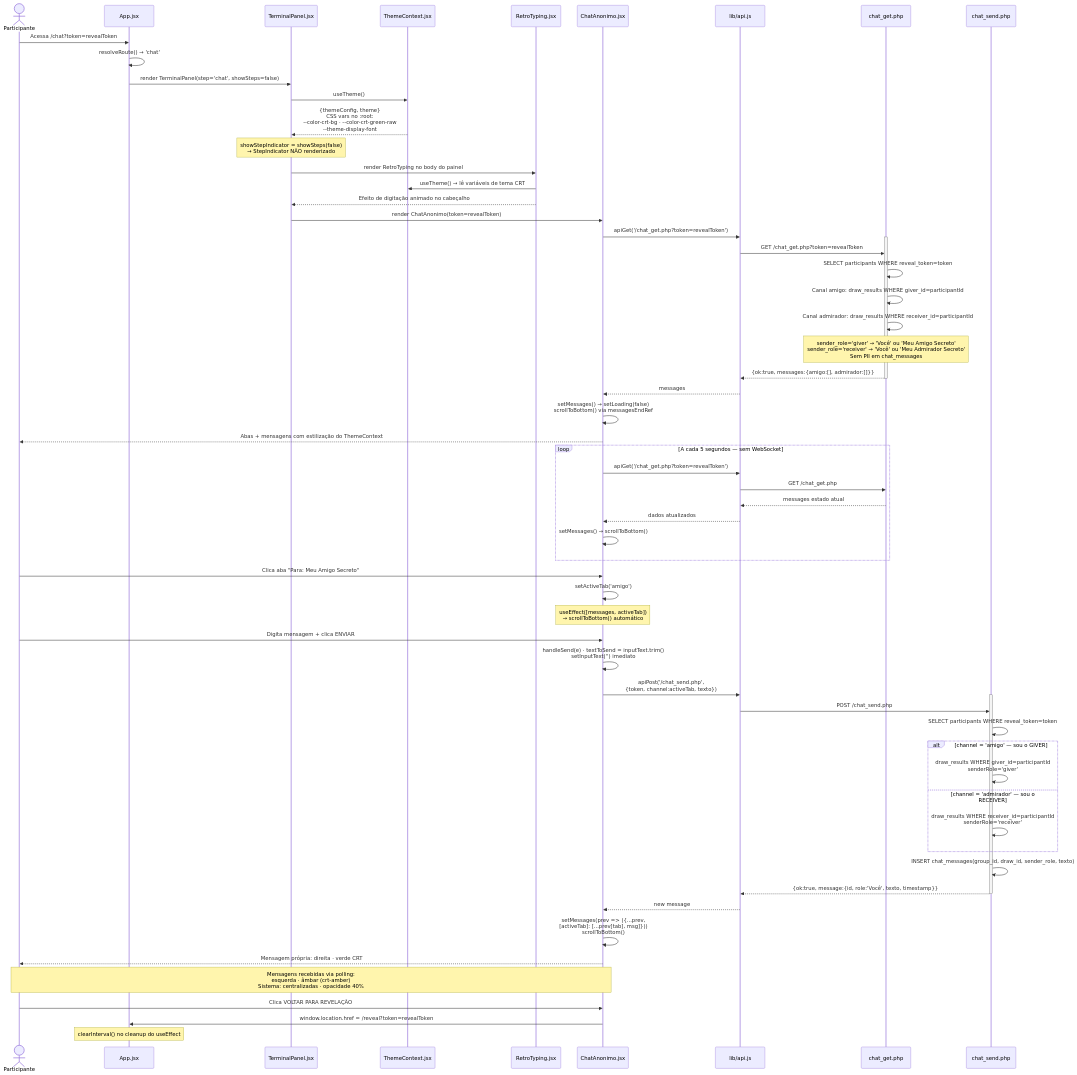
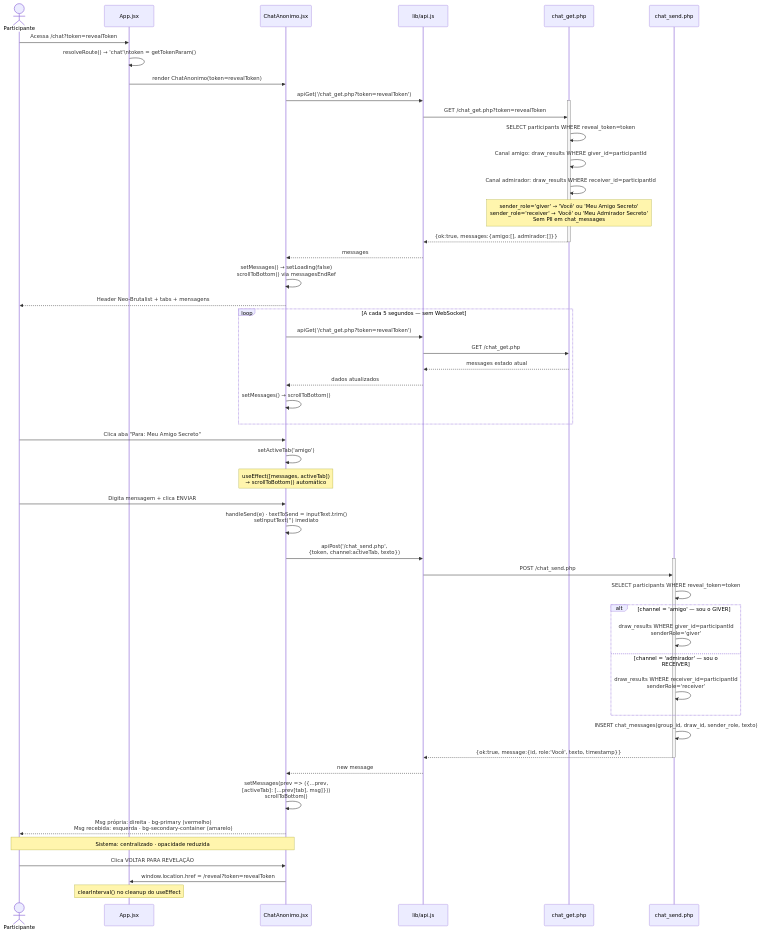
One commit to charines/AmigoSecreto changed the fifth of 5 diagrams in docs/modules/chat_anonimo.md. Above: the diagram before and after it, drawn with Mermaid. The commit also changed other lines of this file and 8 other files, not shown here.

Commit message:
feat: implement preflight and sync scripts; update documentation for Neo-Brutalist redesign across multiple modules

```diff
--- a/docs/modules/chat_anonimo.md
+++ b/docs/modules/chat_anonimo.md
@@ -222,27 +230,15 @@
 sequenceDiagram
     actor U as Participante
     participant APP as App.jsx
-    participant TP as TerminalPanel.jsx
-    participant TC as ThemeContext.jsx
-    participant RT as RetroTyping.jsx
     participant CA as ChatAnonimo.jsx
     participant API as lib/api.js
     participant CGP as chat_get.php
     participant CSP as chat_send.php
 
-    %% ── Montagem do shell visual CRT ────────────────────────────
+    %% ── Montagem direta (sem TerminalPanel) ─────────────────────
     U->>APP: Acessa /chat?token=revealToken
-    APP->>APP: resolveRoute() → 'chat'
-    APP->>TP: render TerminalPanel(step='chat', showSteps=false)
-
-    TP->>TC: useTheme()
-    TC-->>TP: {themeConfig, theme}<br/>CSS vars no :root:<br/>--color-crt-bg · --color-crt-green-raw<br/>--theme-display-font
-    Note over TP: showStepIndicator = showSteps(false)<br/>→ StepIndicator NÃO renderizado
-
-    TP->>RT: render RetroTyping no body do painel
-    RT->>TC: useTheme() → lê variáveis de tema CRT
-    RT-->>TP: Efeito de digitação animado no cabeçalho
-    TP->>CA: render ChatAnonimo(token=revealToken)
+    APP->>APP: resolveRoute() → 'chat'\ntoken = getTokenParam()
+    APP->>CA: render ChatAnonimo(token=revealToken)
 
     %% ── Inicialização e carga inicial ───────────────────────────
     CA->>API: apiGet('/chat_get.php?token=revealToken')
@@ -256,7 +252,7 @@
     deactivate CGP
     API-->>CA: messages
     CA->>CA: setMessages() → setLoading(false)<br/>scrollToBottom() via messagesEndRef
-    CA-->>U: Abas + mensagens com estilização do ThemeContext
+    CA-->>U: Header Neo-Brutalist + tabs + mensagens
 
     %% ── Polling automático ──────────────────────────────────────
     loop A cada 5 segundos — sem WebSocket
@@ -293,8 +289,8 @@
 
     API-->>CA: new message
     CA->>CA: setMessages(prev => ({...prev,<br/>[activeTab]: [...prev[tab], msg]}))<br/>scrollToBottom()
-    CA-->>U: Mensagem própria: direita · verde CRT
-    Note over CA,U: Mensagens recebidas via polling:<br/>esquerda · âmbar (crt-amber)<br/>Sistema: centralizadas · opacidade 40%
+    CA-->>U: Msg própria: direita · bg-primary (vermelho)<br/>Msg recebida: esquerda · bg-secondary-container (amarelo)
+    Note over CA,U: Sistema: centralizado · opacidade reduzida
 
     %% ── Saída ───────────────────────────────────────────────────
     U->>CA: Clica VOLTAR PARA REVELAÇÃO
```
